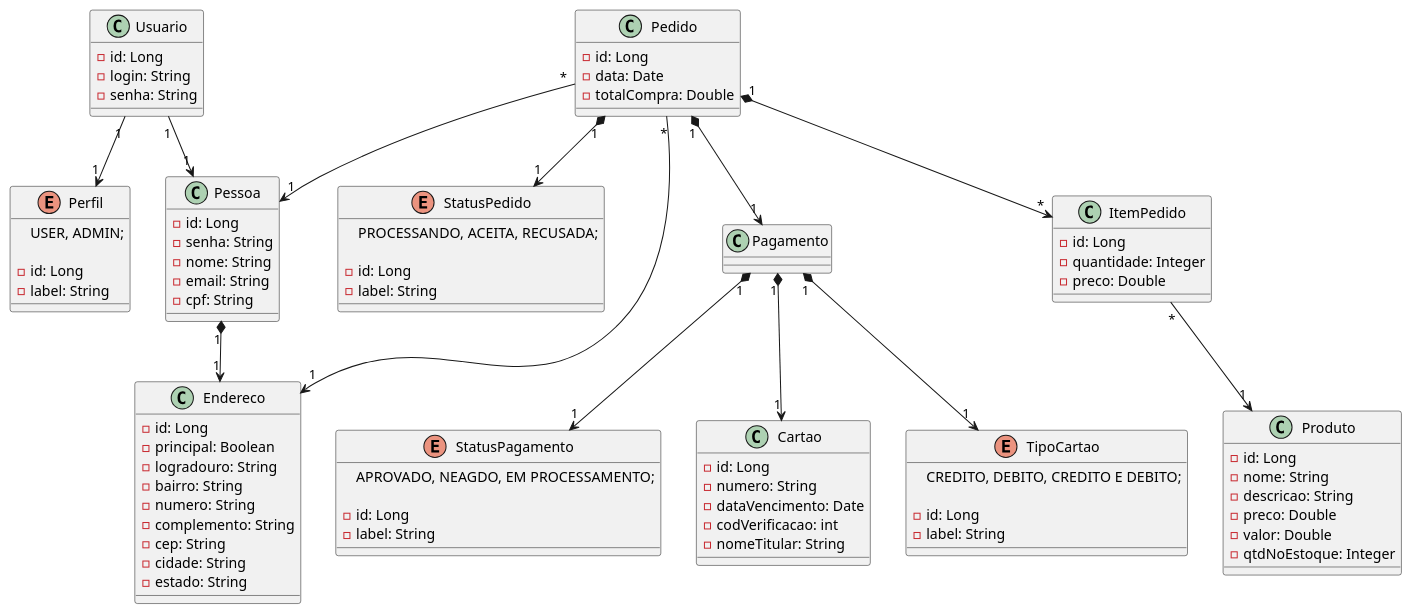
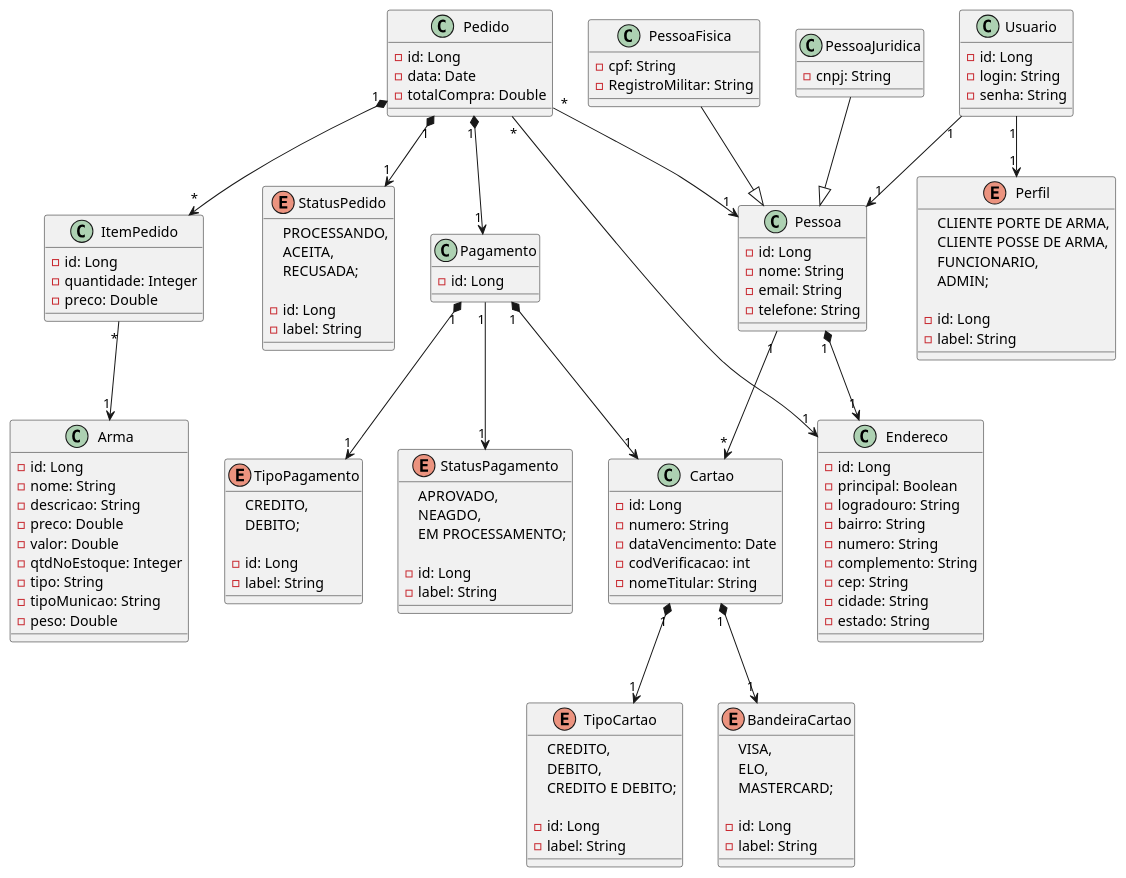
The diagram in src/main/java/unitins/tp1/docs/uml_militropa.plantuml (daniel-ferreira-da-costa/militropa), drawn with PlantUML before and after one commit.

Commit message:
att uml2

```diff
--- a/src/main/java/unitins/tp1/docs/uml_militropa.plantuml
+++ b/src/main/java/unitins/tp1/docs/uml_militropa.plantuml
@@ -1,111 +1,154 @@
 @startuml Tabacaria
 '========Produto========='
-class Produto {
+class Arma{
     - id: Long
     - nome: String
     - descricao: String
     - preco: Double
     - valor: Double
     - qtdNoEstoque: Integer
+    - tipo: String
+    - tipoMunicao: String
+    - peso: Double
 }
 
 '========Usuario========='
 class Usuario{
     - id: Long
     - login: String
     - senha: String
 }
 
 enum Perfil{
-    USER, ADMIN;
+    CLIENTE PORTE DE ARMA, 
+    CLIENTE POSSE DE ARMA, 
+    FUNCIONARIO, 
+    ADMIN;
 
     - id: Long
     - label: String
 }
 
 class Pessoa{
     - id: Long
-    - senha: String
     - nome: String
     - email: String
+    - telefone: String
+}
+
+'Registro Nacional de Armas (RNA)'
+class PessoaFisica{
     - cpf: String
+    - RegistroMilitar: String 
+}
+
+class PessoaJuridica{
+    - cnpj: String
 }
 '========Venda========='
 class Pedido {
     - id: Long
     - data: Date
     - totalCompra: Double
 }
 
 class ItemPedido {
     - id: Long
     - quantidade: Integer
     - preco: Double
 }
 
 enum StatusPedido{
-    PROCESSANDO, ACEITA, RECUSADA;
+    PROCESSANDO, 
+    ACEITA,
+    RECUSADA;
 
     - id: Long
     - label: String
 }
 '========Pagamento========='
 class Pagamento{
+    - id: Long
 }
 
 enum StatusPagamento{
-    APROVADO, NEAGDO, EM PROCESSAMENTO;
+    APROVADO, 
+    NEAGDO, 
+    EM PROCESSAMENTO;
 
     - id: Long
     - label: String
 }
 
 class Cartao{
     - id: Long
     - numero: String
     - dataVencimento: Date
     - codVerificacao: int
     - nomeTitular: String
 }
 
 enum TipoCartao{
-    CREDITO, DEBITO, CREDITO E DEBITO;
+    CREDITO, 
+    DEBITO, 
+    CREDITO E DEBITO;
 
     - id: Long
     - label: String 
 }
 
+enum TipoPagamento {
+    CREDITO, 
+    DEBITO;
+
+    - id: Long
+    - label: String 
+}
+
+enum BandeiraCartao {
+    VISA,
+    ELO,
+    MASTERCARD;
+
+    - id: Long
+    - label: String 
+}
 '========Endereco========='
 class Endereco {
     - id: Long
     - principal: Boolean
     - logradouro: String
     - bairro: String
     - numero: String
     - complemento: String
     - cep: String
     - cidade: String
     - estado: String
 }
 
 '========Relacionamentos========='
 
 Pedido "1" *--> "1" Pagamento
 Pedido "1" *--> "*" ItemPedido
 Pedido "1" *--> "1" StatusPedido
 Pedido "*" --> "1" Pessoa
 Pedido "*" --> "1" Endereco
 
-Pagamento "1" *--> "1" StatusPagamento
-Pagamento "1" *--> "1" TipoCartao
+Pagamento "1" --> "1" StatusPagamento
 Pagamento "1" *--> "1" Cartao
+Pagamento "1" *--> "1" TipoPagamento
 
+Cartao "1" *--> "1" TipoCartao
+Cartao "1" *--> "1" BandeiraCartao
 
-ItemPedido "*" --> "1" Produto
+ItemPedido "*" --> "1" Arma
 
 Usuario "1" --> "1" Perfil
 Usuario "1" --> "1" Pessoa
 Pessoa "1" *--> "1" Endereco
+Pessoa "1" --> "*" Cartao
 
+PessoaFisica --|> Pessoa
+PessoaJuridica --|> Pessoa
 
 @enduml
```
